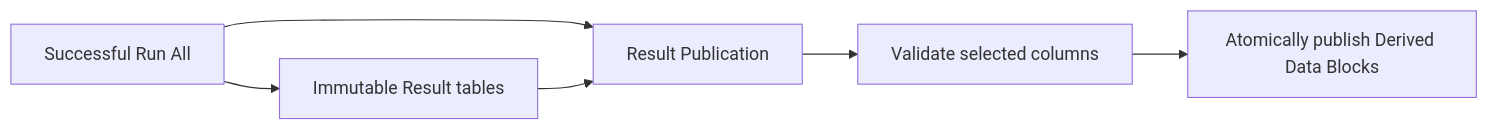
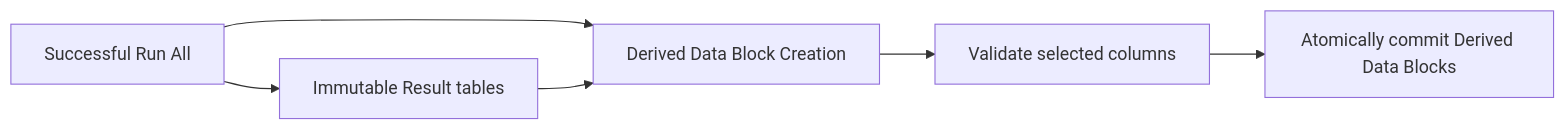
One commit to Australian-Text-Analytics-Platform/ldaca_web_app changed the fourth of 5 diagrams in docs/architecture/backend/analysis-data-flow.md. Above: the diagram before and after it, drawn with Mermaid. The commit also changed other lines of this file and 67 other files, not shown here.

Commit message:
Add per-source Data Block Creation controls

````diff
--- a/docs/architecture/backend/analysis-data-flow.md
+++ b/docs/architecture/backend/analysis-data-flow.md
@@ -120,8 +120,8 @@
 ```mermaid
 flowchart LR
     RUN["Successful Run All"] --> RESULT["Immutable Result tables"]
-    RUN --> PUBLICATION["Result Publication"]
-    RESULT --> PUBLICATION
-    PUBLICATION --> SELECT["Validate selected columns"]
-    SELECT --> ATOMIC["Atomically publish Derived Data Blocks"]
+    RUN --> CREATION["Derived Data Block Creation"]
+    RESULT --> CREATION
+    CREATION --> SELECT["Validate selected columns"]
+    SELECT --> ATOMIC["Atomically commit Derived Data Blocks"]
 ```
````
